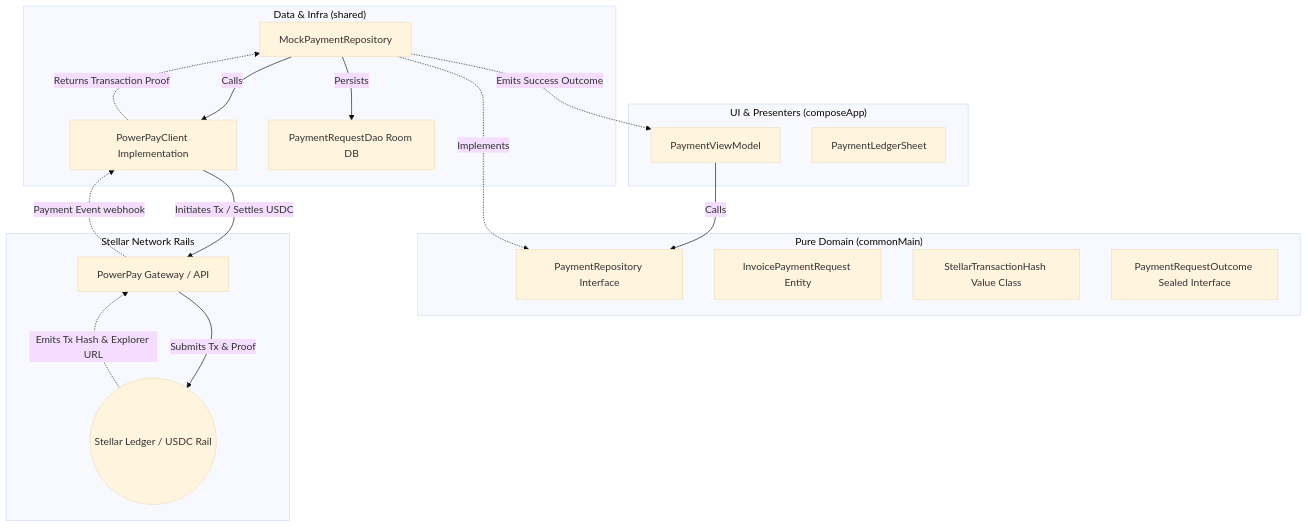
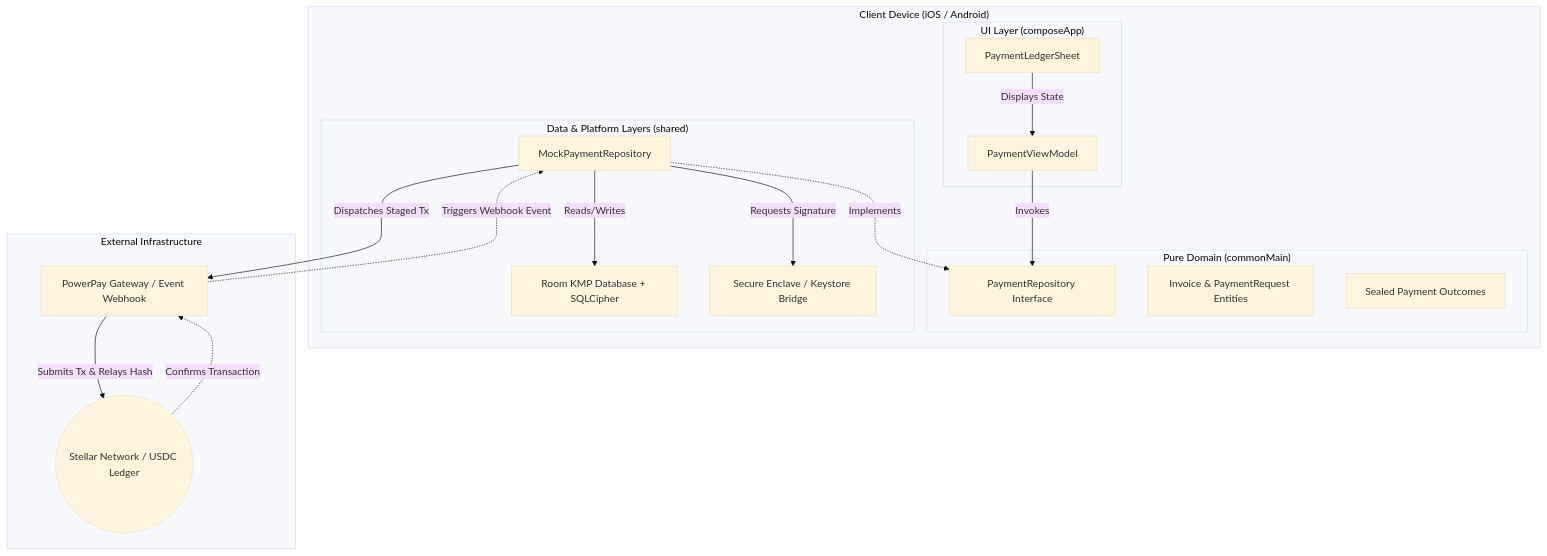
The diagram in docs/index.md (justin1028c/Invoice-Hammer), drawn with Mermaid (base theme) before and after one commit. The commit also changed other lines of this file and 1 other file, not shown here.

````diff
--- a/docs/index.md
+++ b/docs/index.md
@@ -37,36 +30,33 @@
 ```mermaid
 graph TD
-    subgraph uiPresenters ["UI & Presenters (composeApp)"]
-        A[PaymentViewModel]
-        B[PaymentLedgerSheet]
+    subgraph clientDevice ["Client Device (iOS / Android)"]
+        subgraph uiLayer ["UI Layer (composeApp)"]
+            VM[PaymentViewModel]
+            UI[PaymentLedgerSheet]
+        end
+        subgraph pureDomain ["Pure Domain (commonMain)"]
+            RepoContract["PaymentRepository Interface"]
+            Entities["Invoice & PaymentRequest Entities"]
+            Outcomes["Sealed Payment Outcomes"]
+        end
+        subgraph dataPlatform ["Data & Platform Layers (shared)"]
+            RepoImpl[MockPaymentRepository]
+            DB["Room KMP Database + SQLCipher"]
+            Enclave["Secure Enclave / Keystore Bridge"]
+        end
+    end
+    subgraph externalInfra ["External Infrastructure"]
+        PP["PowerPay Gateway / Event Webhook"]
+        Stellar(("Stellar Network / USDC Ledger"))
     end
 
-    subgraph pureDomain ["Pure Domain (commonMain)"]
-        C["PaymentRepository Interface"]
-        D["InvoicePaymentRequest Entity"]
-        E["StellarTransactionHash Value Class"]
-        F["PaymentRequestOutcome Sealed Interface"]
-    end
-
-    subgraph dataInfra ["Data & Infra (shared)"]
-        G[MockPaymentRepository]
-        H["PowerPayClient Implementation"]
-        I["PaymentRequestDao Room DB"]
-    end
-
-    subgraph stellarRails ["Stellar Network Rails"]
-        J(("Stellar Ledger / USDC Rail"))
-        K["PowerPay Gateway / API"]
-    end
-
-    A -->|Calls| C
-    G -.->|Implements| C
-    G -->|Calls| H
-    G -->|Persists| I
-    H -->|Initiates Tx / Settles USDC| K
-    K -->|Submits Tx & Proof| J
-    J -.->|Emits Tx Hash & Explorer URL| K
-    K -.->|Payment Event webhook| H
-    H -.->|Returns Transaction Proof| G
-    G -.->|Emits Success Outcome| A
+    UI -->|Displays State| VM
+    VM -->|Invokes| RepoContract
+    RepoImpl -.->|Implements| RepoContract
+    RepoImpl -->|Reads/Writes| DB
+    RepoImpl -->|Requests Signature| Enclave
+    RepoImpl -->|Dispatches Staged Tx| PP
+    PP -->|Submits Tx & Relays Hash| Stellar
+    Stellar -.->|Confirms Transaction| PP
+    PP -.->|Triggers Webhook Event| RepoImpl
 ```
````
